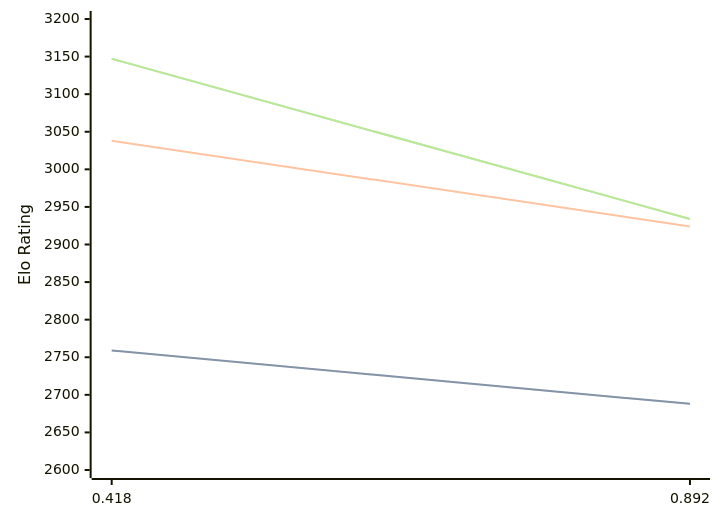
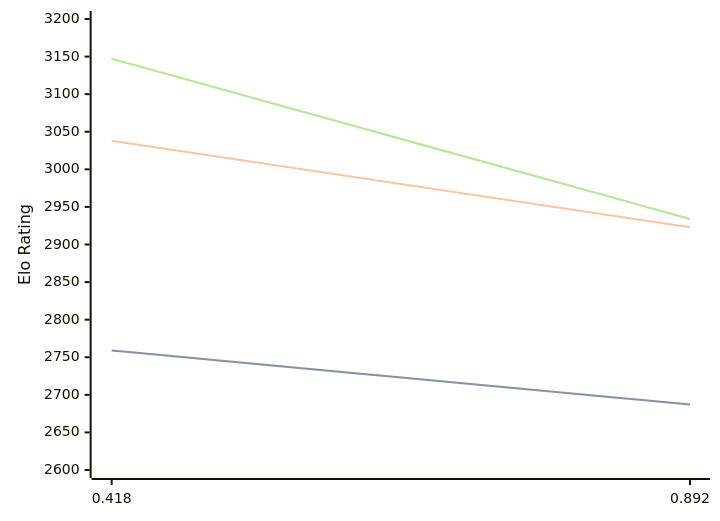
One commit to computer-chess-index/cci changed the diagram in engines/Malika.md. Above: the diagram before and after it, drawn with Mermaid. The commit also changed other lines of this file, not shown here.

Commit message:
Update CCI Ratings (ELO VLTC) - 2026-03-03

````diff
--- a/engines/Malika.md
+++ b/engines/Malika.md
@@ -30,11 +30,11 @@
 ```mermaid
 %%{init: {"theme":"base","themeVariables":{"seriesColors:['#a3a3a3','#222221','#faa371']}}}%%
 xychart-beta
   x-axis ["0.418", "0.892"]
   y-axis "Elo Rating" 2600 --> 3200
-  line "STC (8.0+0.08s)" [2759, 2688]
-  line "STC (8.0+0.08s)" [2759, 2688]
-  line "LTC (60.0+0.60s)" [3038, 2924]
+  line "STC (8.0+0.08s)" [2759, 2687]
+  line "STC (8.0+0.08s)" [2759, 2687]
+  line "LTC (60.0+0.60s)" [3038, 2923]
   line "VLTC (2m24s+1.12s)" [3147, 2934]
   line "VLTC (2m24s+1.12s)" [3147, 2934]
 ```
````
